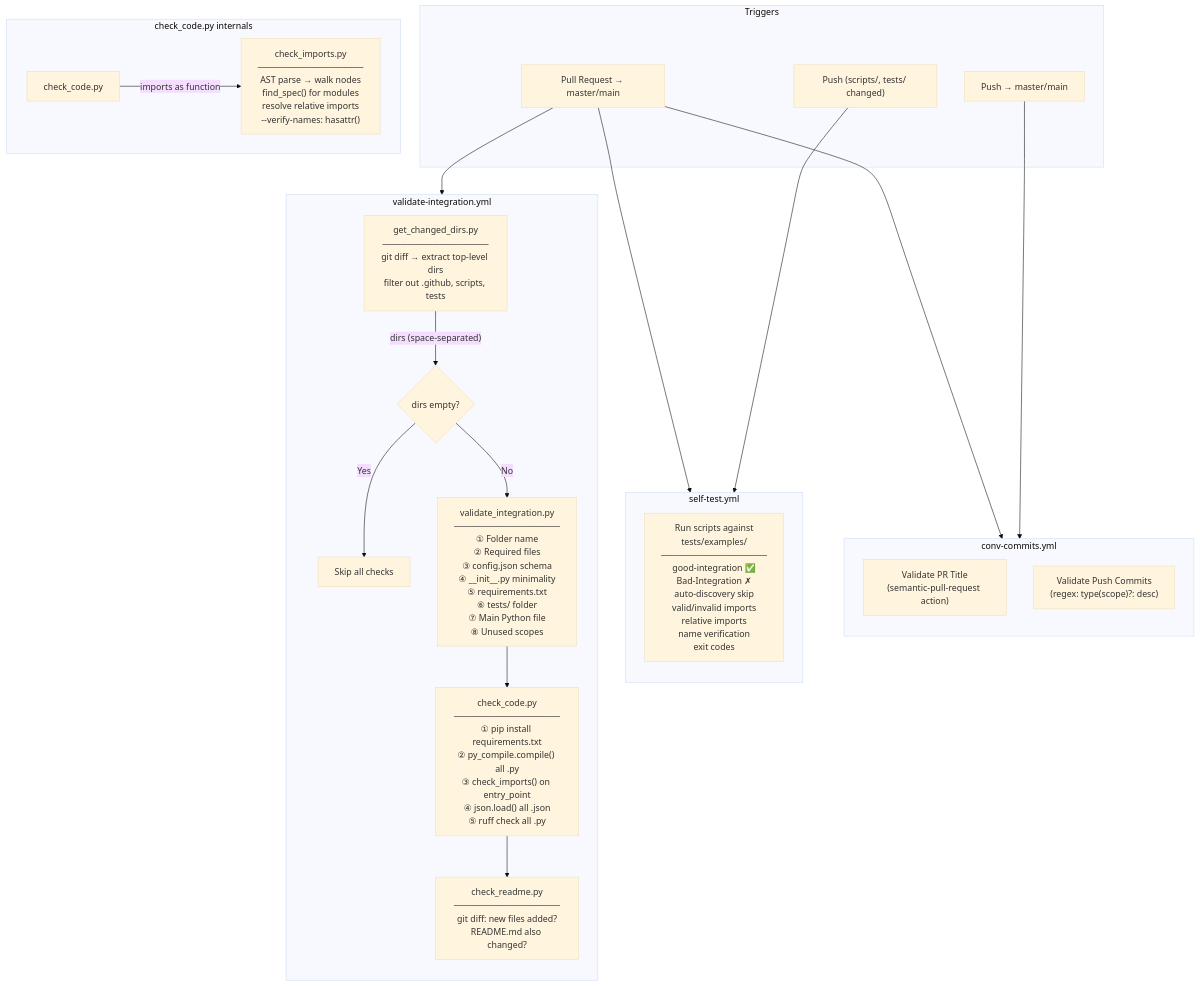
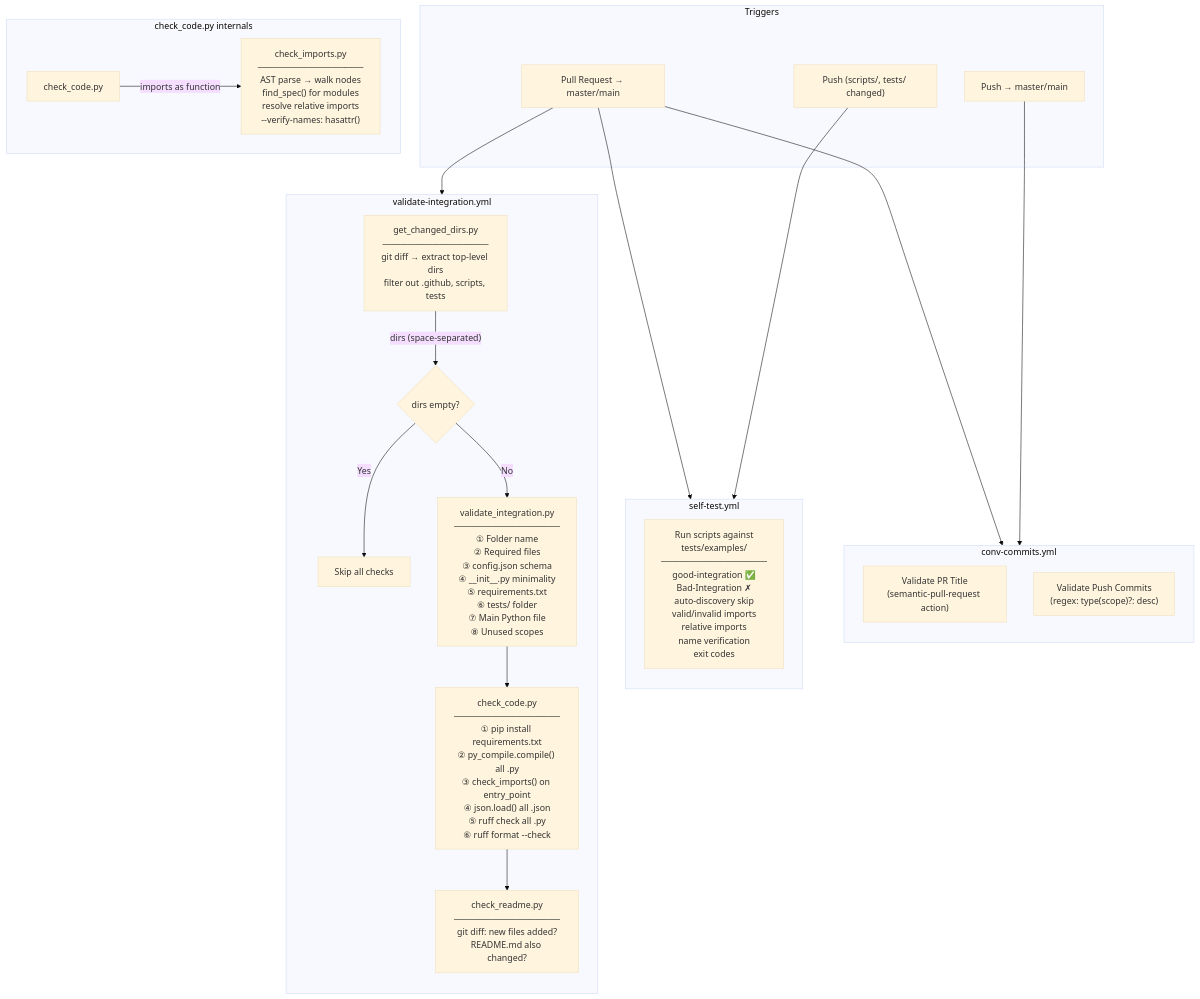
One commit to Autohive-AI/autohive-integrations-tooling changed the diagram in README.md. Above: the diagram before and after it, drawn with Mermaid (base theme). The commit also changed other lines of this file, not shown here.

Commit message:
docs: update README for ruff format check

````diff
--- a/README.md
+++ b/README.md
@@ -25,40 +25,40 @@
 ```mermaid
 flowchart TB
     subgraph triggers["Triggers"]
         PR["Pull Request → master/main"]
         PUSH_SCRIPTS["Push (scripts/, tests/ changed)"]
         PUSH_MAIN["Push → master/main"]
     end
 
     subgraph wf1["validate-integration.yml"]
         direction TB
         GCD["get_changed_dirs.py\n─────────────────\ngit diff → extract top-level dirs\nfilter out .github, scripts, tests"]
         GCD -->|"dirs (space-separated)"| COND{dirs empty?}
         COND -->|Yes| SKIP[Skip all checks]
         COND -->|No| VI["validate_integration.py\n─────────────────\n① Folder name\n② Required files\n③ config.json schema\n④ __init__.py minimality\n⑤ requirements.txt\n⑥ tests/ folder\n⑦ Main Python file\n⑧ Unused scopes"]
-        VI --> CC["check_code.py\n─────────────────\n① pip install requirements.txt\n② py_compile.compile() all .py\n③ check_imports() on entry_point\n④ json.load() all .json\n⑤ ruff check all .py"]
+        VI --> CC["check_code.py\n─────────────────\n① pip install requirements.txt\n② py_compile.compile() all .py\n③ check_imports() on entry_point\n④ json.load() all .json\n⑤ ruff check all .py\n⑥ ruff format --check"]
         CC --> CR["check_readme.py\n─────────────────\ngit diff: new files added?\nREADME.md also changed?"]
     end
 
     subgraph ci_detail["check_code.py internals"]
         direction LR
         CC2["check_code.py"] -->|"imports as function"| CI["check_imports.py\n─────────────────\nAST parse → walk nodes\nfind_spec() for modules\nresolve relative imports\n--verify-names: hasattr()"]
     end
 
     subgraph wf2["self-test.yml"]
         direction TB
         ST["Run scripts against\ntests/examples/\n─────────────────\ngood-integration ✅\nBad-Integration ✗\nauto-discovery skip\nvalid/invalid imports\nrelative imports\nname verification\nexit codes"]
     end
 
     subgraph wf3["conv-commits.yml"]
         direction TB
         PRT["Validate PR Title\n(semantic-pull-request action)"]
         CMT["Validate Push Commits\n(regex: type(scope)?: desc)"]
     end
 
     PR --> wf1
     PR --> wf2
     PR --> wf3
     PUSH_SCRIPTS --> wf2
     PUSH_MAIN --> wf3
 ```
````
